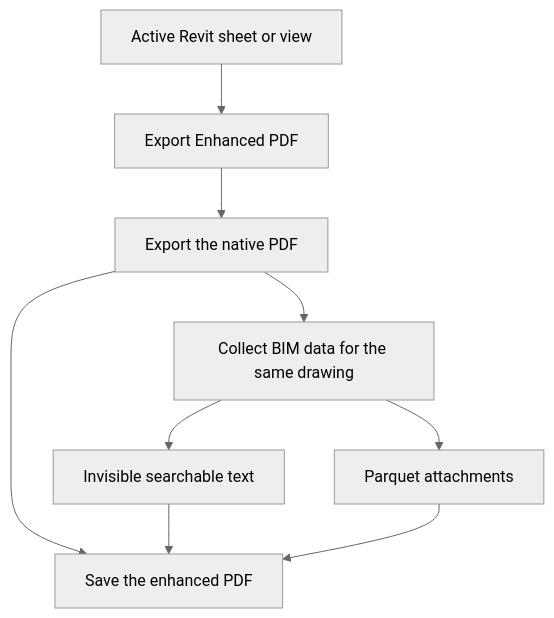
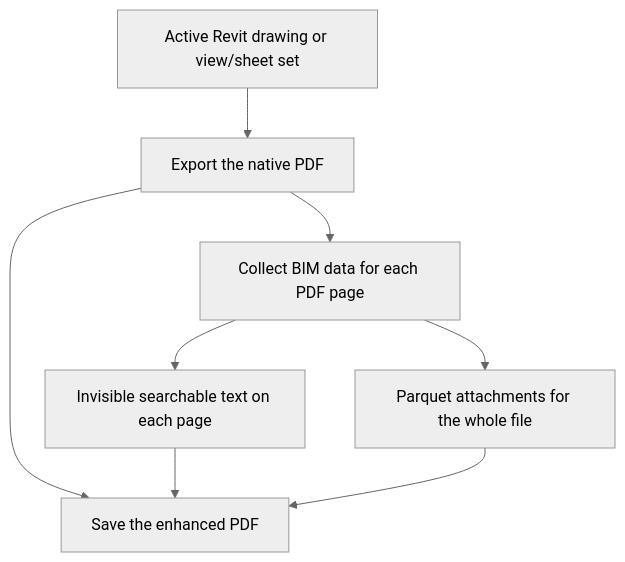
One commit to kalunkuo/enhanced_pdfs changed the diagram in README.md. Above: the diagram before and after it, drawn with Mermaid (neutral theme). The commit also changed other lines of this file and 9 other files, not shown here.

Commit message:
Add multi-sheet Enhanced PDF export for Revit

````diff
--- a/README.md
+++ b/README.md
@@ -5,11 +5,10 @@
 ```mermaid
 flowchart TD
-    A["Active Revit sheet or view"] --> B["Export Enhanced PDF"]
-    B --> C["Export the native PDF"]
-    C --> D["Collect BIM data for the same drawing"]
-    D --> E["Invisible searchable text"]
-    D --> F["Parquet attachments"]
+    A["Active Revit drawing or view/sheet set"] --> C["Export the native PDF"]
+    C --> D["Collect BIM data for each PDF page"]
+    D --> E["Invisible searchable text on each page"]
+    D --> F["Parquet attachments for the whole file"]
     C --> G["Save the enhanced PDF"]
     E --> G
     F --> G
 ```
````
